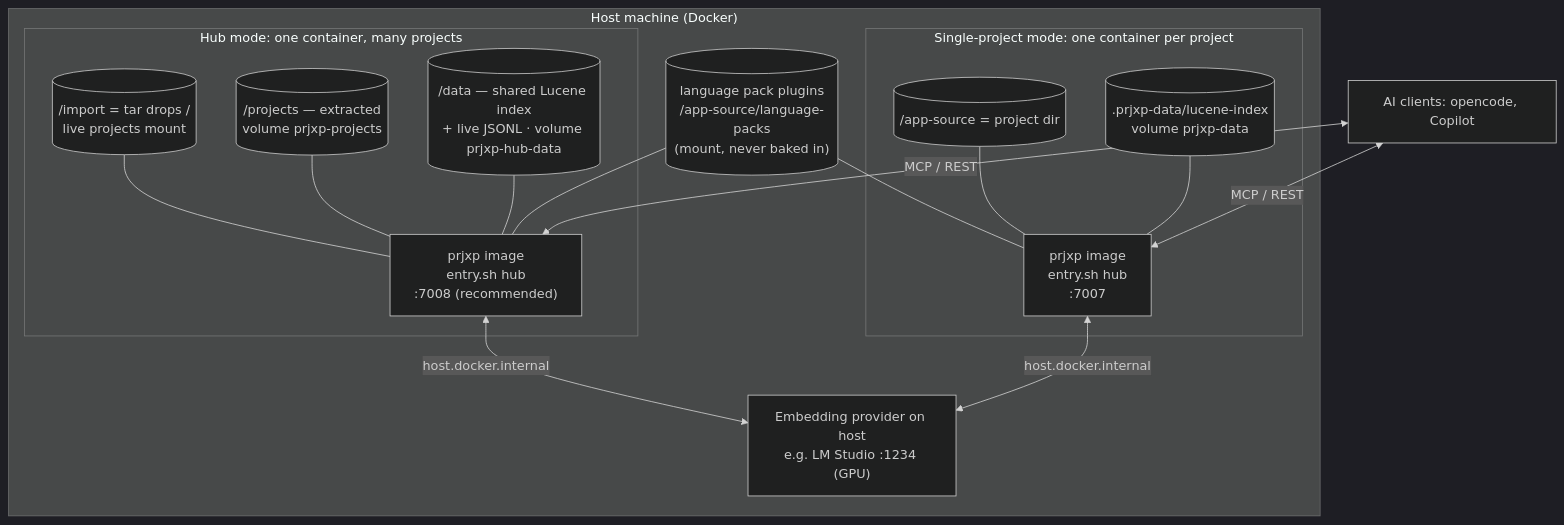
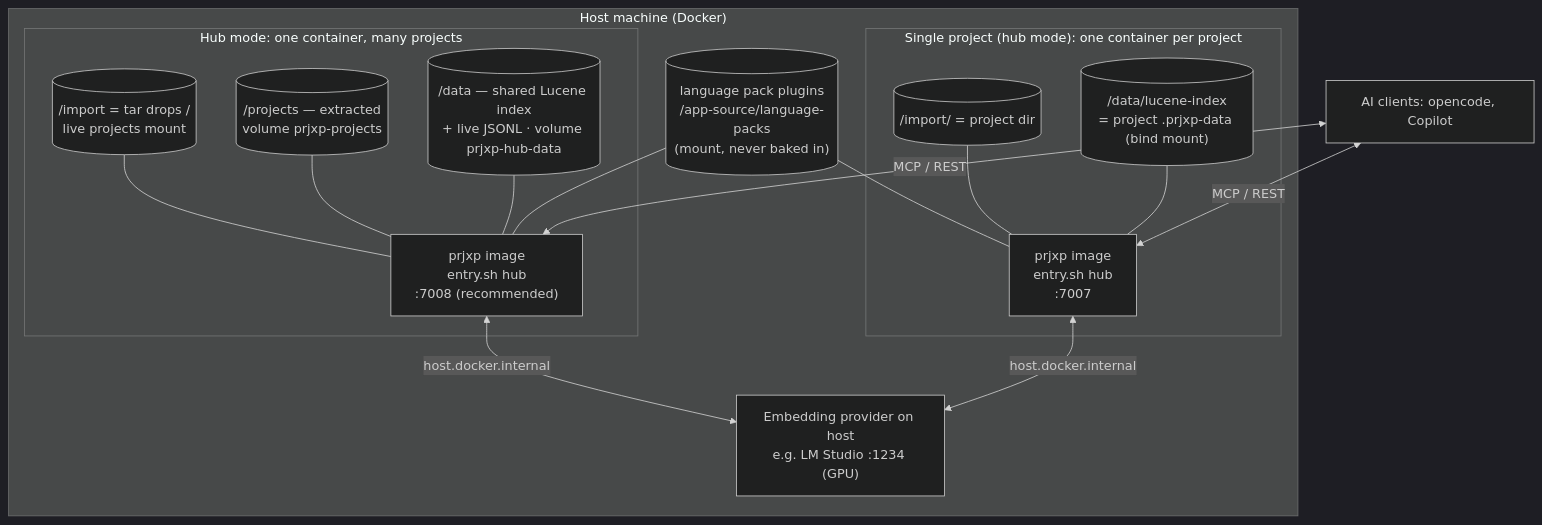
One commit to carstenSpraener/prjxp changed the first of 2 diagrams in doc/arc42/07_deployment_view.md. Above: the diagram before and after it, drawn with Mermaid (dark theme). The commit also changed other lines of this file and 2 other files, not shown here.

First line of the commit message:
arc42: reframe single-project deployment as hub mode

````diff
--- a/doc/arc42/07_deployment_view.md
+++ b/doc/arc42/07_deployment_view.md
@@ -5,29 +5,29 @@
 ```mermaid
 flowchart TB
     subgraph host ["Host machine (Docker)"]
-        subgraph single ["Single-project mode: one container per project"]
+        subgraph single ["Single project (hub mode): one container per project"]
             C1["prjxp image<br/>entry.sh hub<br/>:7007"]
-            M1[("/app-source = project dir")]
-            I1[(".prjxp-data/lucene-index<br/>volume prjxp-data")]
+            M1[("/import/<name> = project dir")]
+            I1[("/data/lucene-index<br/>= project .prjxp-data (bind mount)")]
         end
 
         subgraph hub ["Hub mode: one container, many projects"]
             C2["prjxp image<br/>entry.sh hub<br/>:7008 (recommended)"]
             M2[("/import = tar drops /<br/>live projects mount")]
             P2[("/projects — extracted<br/>volume prjxp-projects")]
             D2[("/data — shared Lucene index<br/>+ live JSONL · volume prjxp-hub-data")]
         end
 
         LP[("language pack plugins<br/>/app-source/language-packs<br/>(mount, never baked in)")]
         EMB["Embedding provider on host<br/>e.g. LM Studio :1234 (GPU)"]
     end
 
     M1 --- C1
     I1 --- C1
     M2 & P2 & D2 --- C2
     LP --- C1 & C2
     C1 <-->|"host.docker.internal"| EMB
     C2 <-->|"host.docker.internal"| EMB
 
     AI["AI clients: opencode, Copilot"] <-->|"MCP / REST"| C1 & C2
 ```
````
